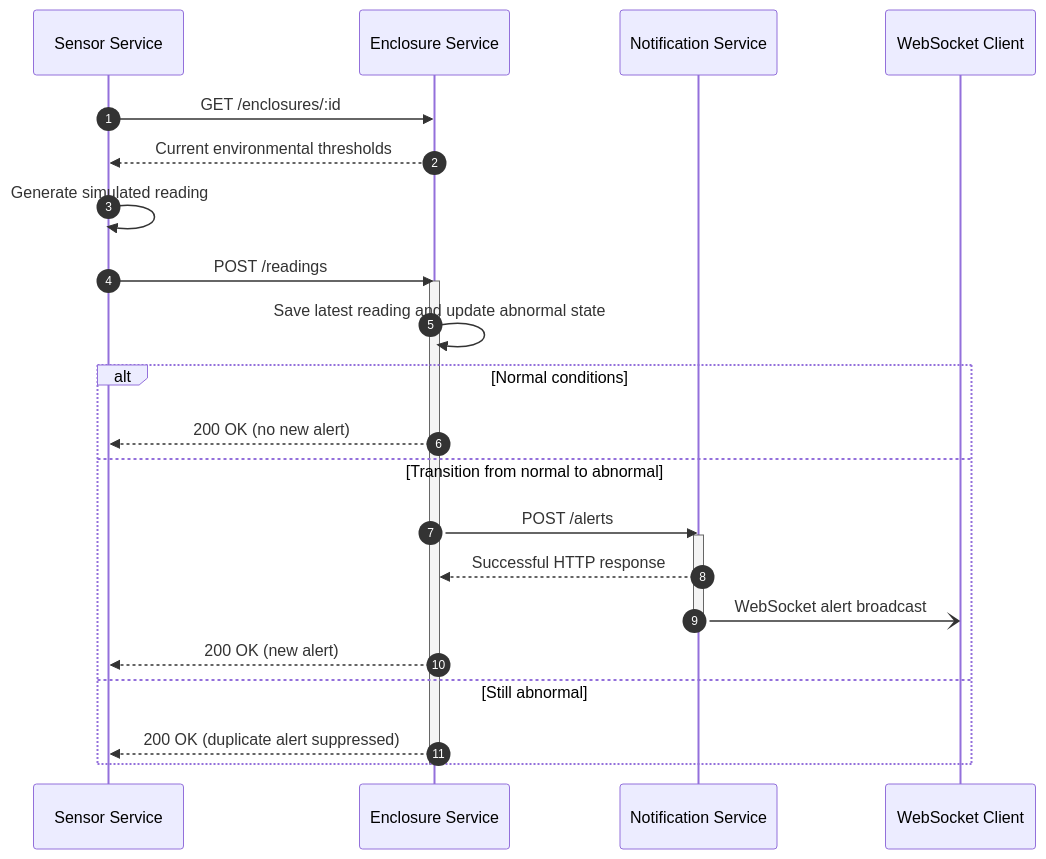
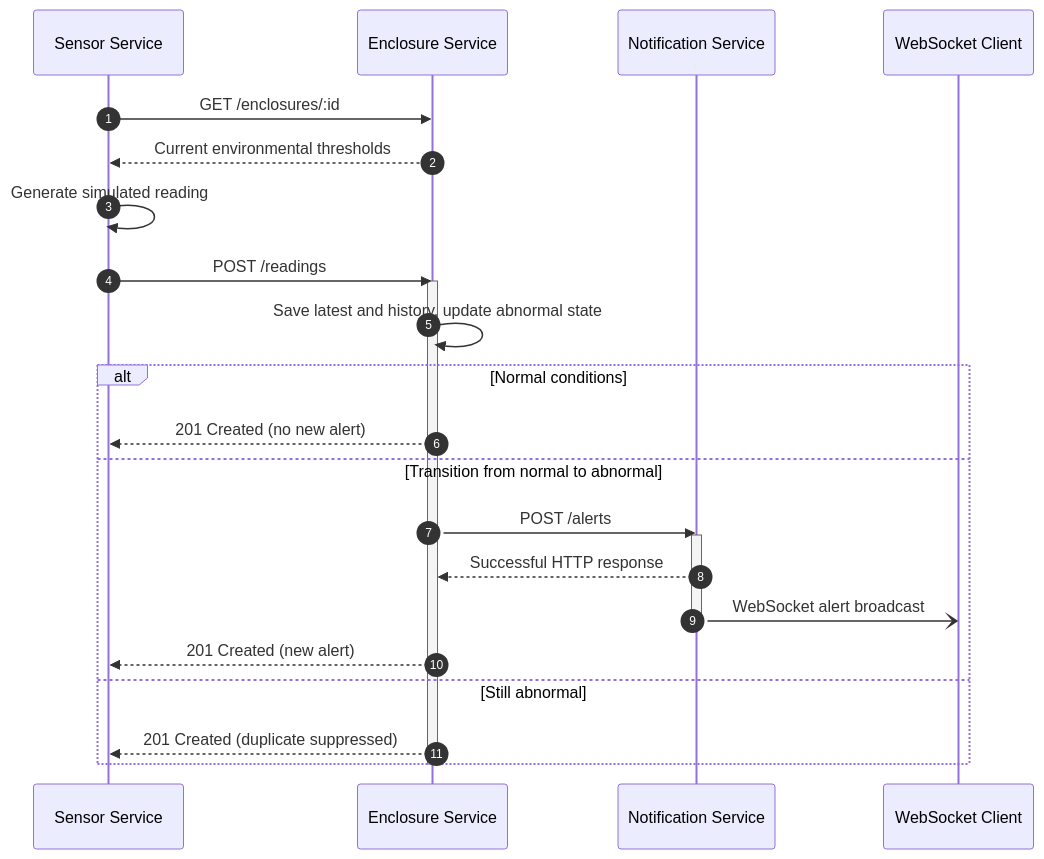
Before and after one commit to HugoLugo/exotic-pet-keeper-programming5: the third of 3 diagrams in docs/architecture.md, drawn with Mermaid. The commit also changed other lines of this file and 3 other files, not shown here.

````diff
--- a/docs/architecture.md
+++ b/docs/architecture.md
@@ -287,30 +291,30 @@
 ```mermaid
 sequenceDiagram
     autonumber
 
     participant Sensor as Sensor Service
     participant Enclosure as Enclosure Service
     participant Notification as Notification Service
     participant App as WebSocket Client
 
     Sensor->>Enclosure: GET /enclosures/:id
     Enclosure-->>Sensor: Current environmental thresholds
     Sensor->>Sensor: Generate simulated reading
     Sensor->>Enclosure: POST /readings
     activate Enclosure
-    Enclosure->>Enclosure: Save latest reading and update abnormal state
+    Enclosure->>Enclosure: Save latest and history, update abnormal state
 
     alt Normal conditions
-        Enclosure-->>Sensor: 200 OK (no new alert)
+        Enclosure-->>Sensor: 201 Created (no new alert)
     else Transition from normal to abnormal
         Enclosure->>Notification: POST /alerts
         activate Notification
         Notification-->>Enclosure: Successful HTTP response
         Notification-)App: WebSocket alert broadcast
         deactivate Notification
-        Enclosure-->>Sensor: 200 OK (new alert)
+        Enclosure-->>Sensor: 201 Created (new alert)
     else Still abnormal
-        Enclosure-->>Sensor: 200 OK (duplicate alert suppressed)
+        Enclosure-->>Sensor: 201 Created (duplicate suppressed)
     end
     deactivate Enclosure
 ```
````
